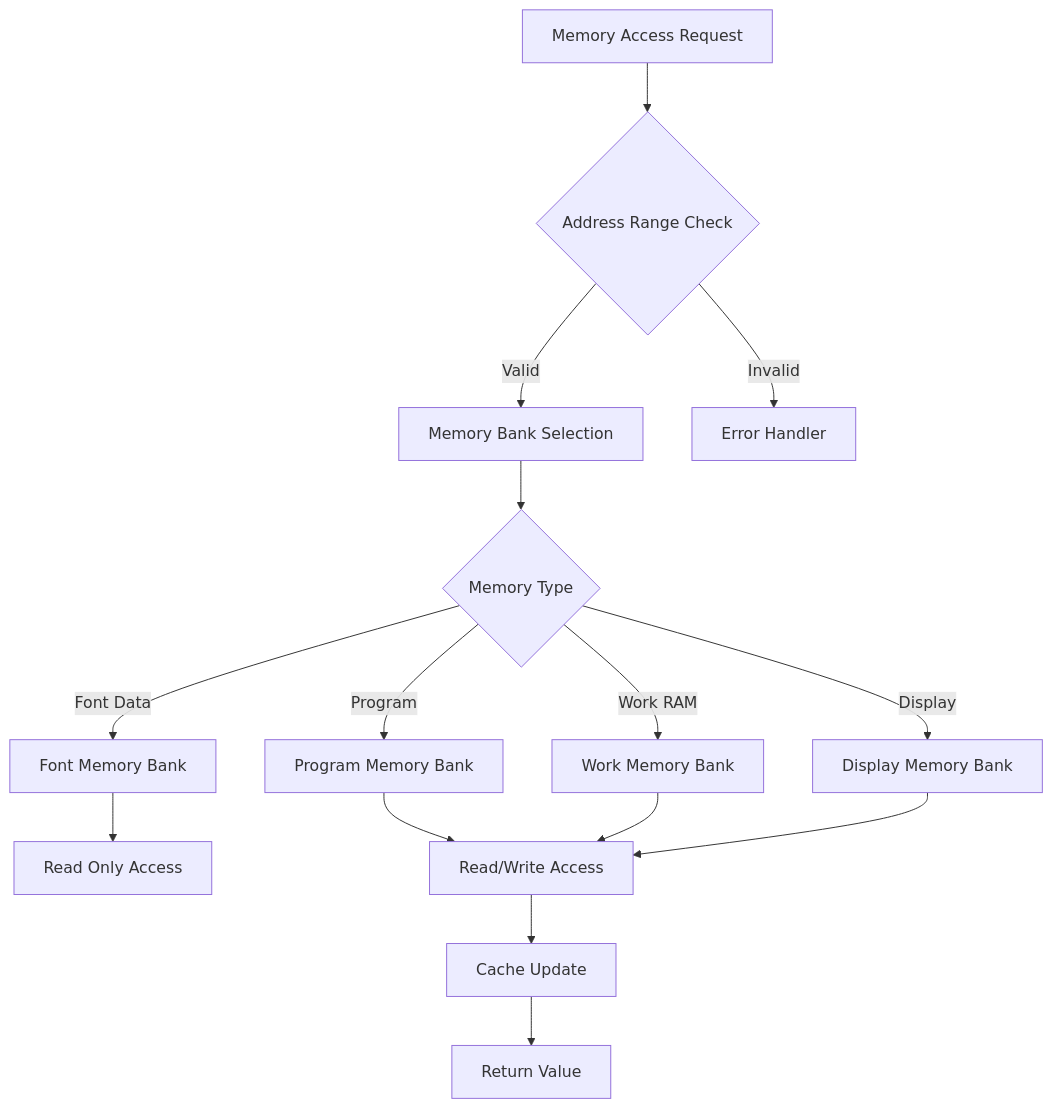
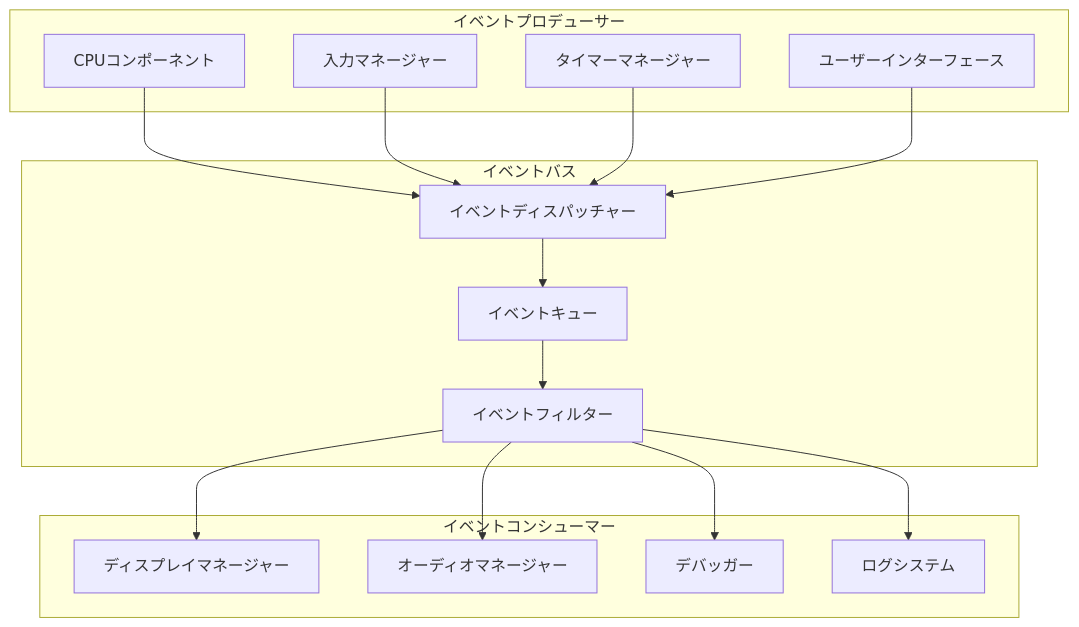
The seventh of 14 diagrams in docs/explanation/02-architecture-design.md (takeokunn/cl-chip8), drawn with Mermaid before and after one commit. The commit also changed other lines of this file and 27 other files, not shown here.

````diff
--- a/docs/explanation/02-architecture-design.md
+++ b/docs/explanation/02-architecture-design.md
@@ -204,20 +486,35 @@
 ```mermaid
-graph TD
-    A[Memory Access Request] --> B{Address Range Check}
-    B -->|Valid| C[Memory Bank Selection]
-    B -->|Invalid| D[Error Handler]
+graph TB
+    subgraph "イベントプロデューサー"
+        A[CPUコンポーネント]
+        B[入力マネージャー]
+        C[タイマーマネージャー]
+        D[ユーザーインターフェース]
+    end
 
-    C --> E{Memory Type}
-    E -->|Font Data| F[Font Memory Bank]
-    E -->|Program| G[Program Memory Bank]
-    E -->|Work RAM| H[Work Memory Bank]
-    E -->|Display| I[Display Memory Bank]
+    subgraph "イベントバス"
+        E[イベントディスパッチャー]
+        F[イベントキュー]
+        G[イベントフィルター]
+    end
 
-    F --> J[Read Only Access]
-    G --> K[Read/Write Access]
-    H --> K
-    I --> K
+    subgraph "イベントコンシューマー"
+        H[ディスプレイマネージャー]
+        I[オーディオマネージャー]
+        J[デバッガー]
+        K[ログシステム]
+    end
 
-    K --> L[Cache Update]
-    L --> M[Return Value]
+    A --> E
+    B --> E
+    C --> E
+    D --> E
+
+    E --> F
+    F --> G
+
+    G --> H
+    G --> I
+    G --> J
+    G --> K
 ```
````
